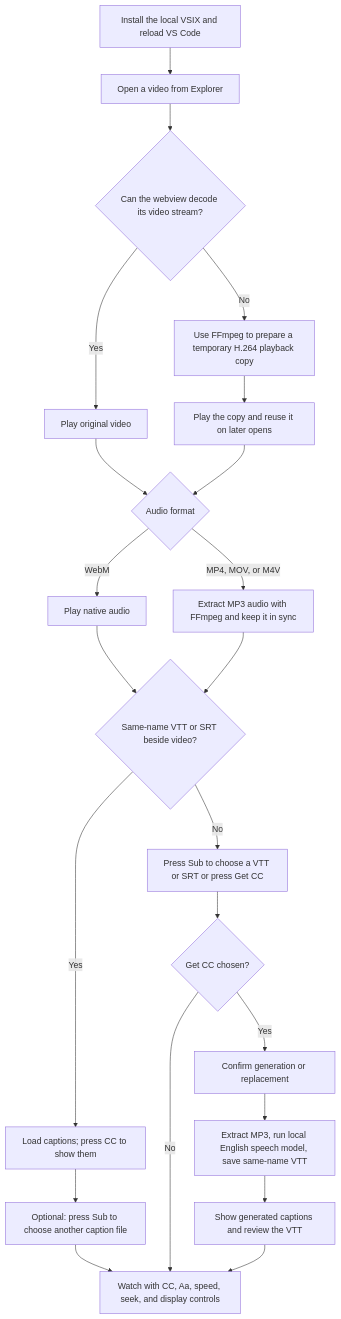
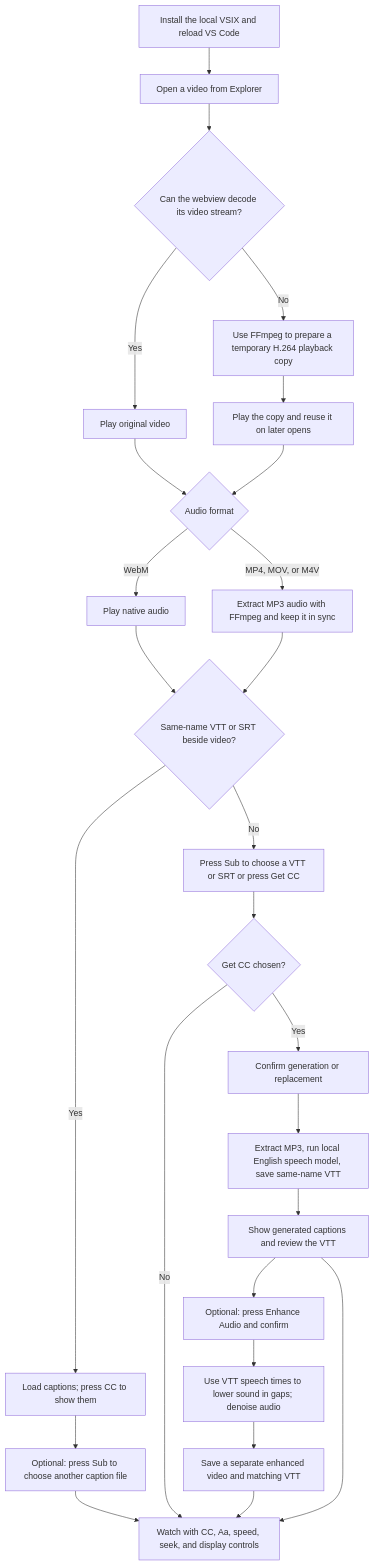
Before and after one commit to ThanhNVan/ml: the diagram in tools/vscode-video-player/readme.md, drawn with Mermaid. The commit also changed other lines of this file and 7 other files, not shown here.

````diff
--- a/tools/vscode-video-player/readme.md
+++ b/tools/vscode-video-player/readme.md
@@ -25,24 +25,28 @@
 ```mermaid
 flowchart TD
     A[Install the local VSIX and reload VS Code] --> B[Open a video from Explorer]
     B --> C{Can the webview decode its video stream?}
     C -- Yes --> D[Play original video]
     C -- No --> E[Use FFmpeg to prepare a temporary H.264 playback copy]
     E --> F[Play the copy and reuse it on later opens]
     D --> G{Audio format}
     F --> G
     G -- WebM --> H[Play native audio]
     G -- MP4, MOV, or M4V --> I[Extract MP3 audio with FFmpeg and keep it in sync]
     H --> J{Same-name VTT or SRT beside video?}
     I --> J
     J -- Yes --> K[Load captions; press CC to show them]
     J -- No --> L[Press Sub to choose a VTT or SRT or press Get CC]
     K --> M[Optional: press Sub to choose another caption file]
     L --> N{Get CC chosen?}
     N -- No --> R
     N -- Yes --> O[Confirm generation or replacement]
     O --> P[Extract MP3, run local English speech model, save same-name VTT]
     P --> Q[Show generated captions and review the VTT]
+    Q --> S[Optional: press Enhance Audio and confirm]
+    S --> T[Use VTT speech times to lower sound in gaps; denoise audio]
+    T --> U[Save a separate enhanced video and matching VTT]
+    U --> R
     M --> R[Watch with CC, Aa, speed, seek, and display controls]
     Q --> R
 ```
````
